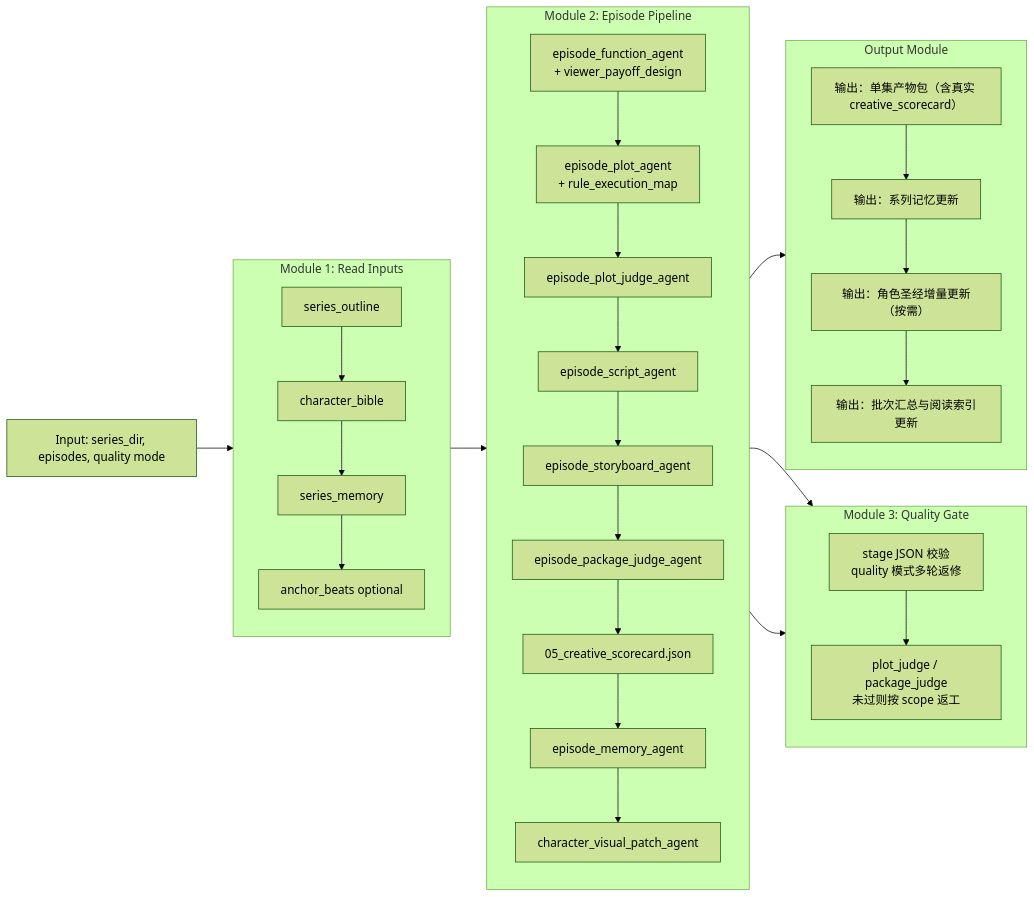
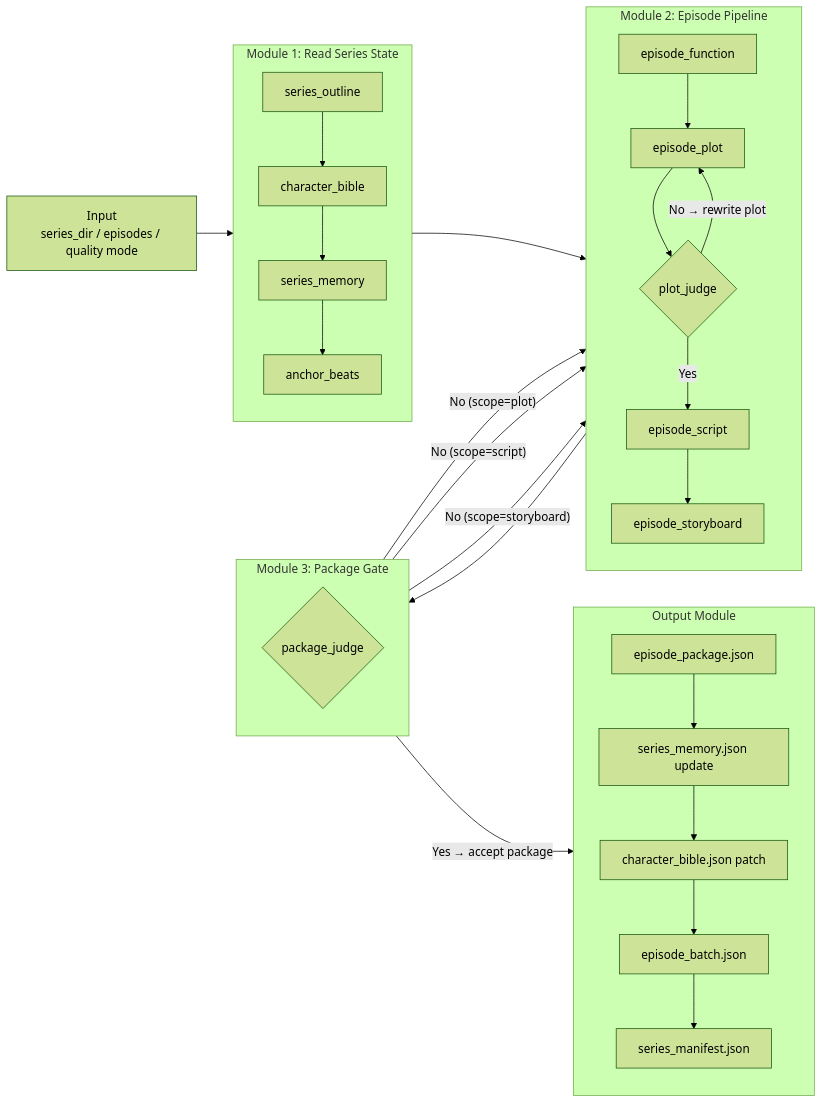
One commit to WeiXia-0000/ai-shortdrama-agent changed the second of 2 diagrams in README.md. Above: the diagram before and after it, drawn with Mermaid (forest theme).

Commit message:
docs(README): episode-batch 流程图展示 plot/package judge 合格与不合格分支
Made-with: Cursor

````diff
--- a/README.md
+++ b/README.md
@@ -198,48 +197,50 @@
 ```mermaid
 flowchart LR
-    E_IN["Input: series_dir, episodes, quality mode"]
 
-    subgraph E1["Module 1: Read Inputs"]
-      direction TB
-      I1["series_outline"]
-      I2["character_bible"]
-      I3["series_memory"]
-      I4["anchor_beats optional"]
-      I1 --> I2 --> I3 --> I4
-    end
+  IN["Input<br/>series_dir / episodes / quality mode"]
 
-    subgraph E2["Module 2: Episode Pipeline"]
-      direction TB
-      P1["episode_function_agent<br/>+ viewer_payoff_design"]
-      P2["episode_plot_agent<br/>+ rule_execution_map"]
-      PJ["episode_plot_judge_agent"]
-      P3["episode_script_agent"]
-      P4["episode_storyboard_agent"]
-      PK["episode_package_judge_agent"]
-      SC["05_creative_scorecard.json"]
-      P5["episode_memory_agent"]
-      P6["character_visual_patch_agent"]
-      P1 --> P2 --> PJ --> P3 --> P4 --> PK --> SC --> P5 --> P6
-    end
+  subgraph E1["Module 1: Read Series State"]
+    direction TB
+    I1["series_outline"]
+    I2["character_bible"]
+    I3["series_memory"]
+    I4["anchor_beats"]
+    I1 --> I2 --> I3 --> I4
+  end
 
-    subgraph E3["Module 3: Quality Gate"]
-      direction TB
-      Q1["stage JSON 校验<br/>quality 模式多轮返修"]
-      Q2["plot_judge / package_judge<br/>未过则按 scope 返工"]
-      Q1 --> Q2
-    end
+  subgraph E2["Module 2: Episode Pipeline"]
+    direction TB
+    F["episode_function"]
+    P["episode_plot"]
+    PJ{"plot_judge"}
+    S["episode_script"]
+    SB["episode_storyboard"]
 
-    subgraph R_ALL["Output Module"]
-      direction TB
-      R0[输出：单集产物包（含真实 creative_scorecard）]
-      R1[输出：系列记忆更新]
-      R2[输出：角色圣经增量更新（按需）]
-      R3[输出：批次汇总与阅读索引更新]
-      R0 --> R1 --> R2 --> R3
-    end
+    F --> P --> PJ
+    PJ -- "No → rewrite plot" --> P
+    PJ -- "Yes" --> S --> SB
+  end
 
-    E_IN --> E1 --> E2
-    P2 --> Q1
-    PK --> Q2
-    P6 --> R_ALL
+  subgraph E3["Module 3: Package Gate"]
+    direction TB
+    PKG{"package_judge"}
+  end
+
+  subgraph E4["Output Module"]
+    direction TB
+    O1["episode_package.json"]
+    O2["series_memory.json update"]
+    O3["character_bible.json patch"]
+    O4["episode_batch.json"]
+    O5["series_manifest.json"]
+    O1 --> O2 --> O3 --> O4 --> O5
+  end
+
+  IN --> E1 --> E2
+  E2 --> E3
+  E3 -- "Yes → accept package" --> E4
+
+  E3 -- "No (scope=plot)" --> P
+  E3 -- "No (scope=script)" --> S
+  E3 -- "No (scope=storyboard)" --> SB
 ```
````
